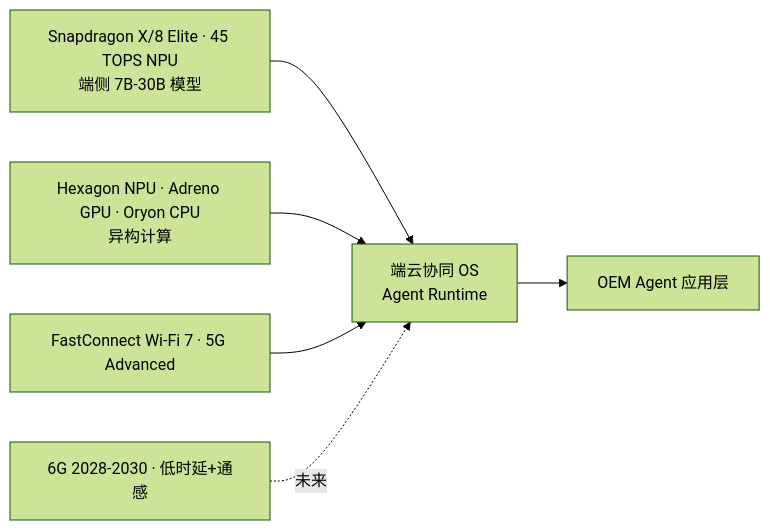
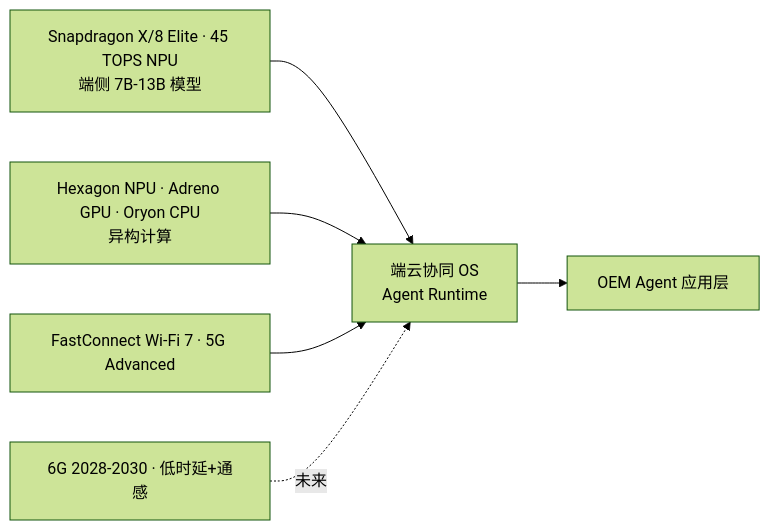
The diagram in content/posts/video/qualcomm-on-device-ai-physical-ai-6g-2026.md (A1pha3/text-matrix), drawn with Mermaid (forest theme) before and after one commit. The commit also changed other lines of this file and 24 other files, not shown here.

````diff
--- a/content/posts/video/qualcomm-on-device-ai-physical-ai-6g-2026.md
+++ b/content/posts/video/qualcomm-on-device-ai-physical-ai-6g-2026.md
@@ -37,8 +37,8 @@
 ```mermaid
 flowchart LR
-  A[Snapdragon X/8 Elite · 45 TOPS NPU<br>端侧 7B-30B 模型] --> E[端云协同 OS<br>Agent Runtime]
+  A[Snapdragon X/8 Elite · 45 TOPS NPU<br>端侧 7B-13B 模型] --> E[端云协同 OS<br>Agent Runtime]
   N[Hexagon NPU · Adreno GPU · Oryon CPU<br>异构计算] --> E
   H[FastConnect Wi-Fi 7 · 5G Advanced] --> E
   G[6G 2028-2030 · 低时延+通感] -.未来.-> E
   E --> F[OEM Agent 应用层]
 ```
````
